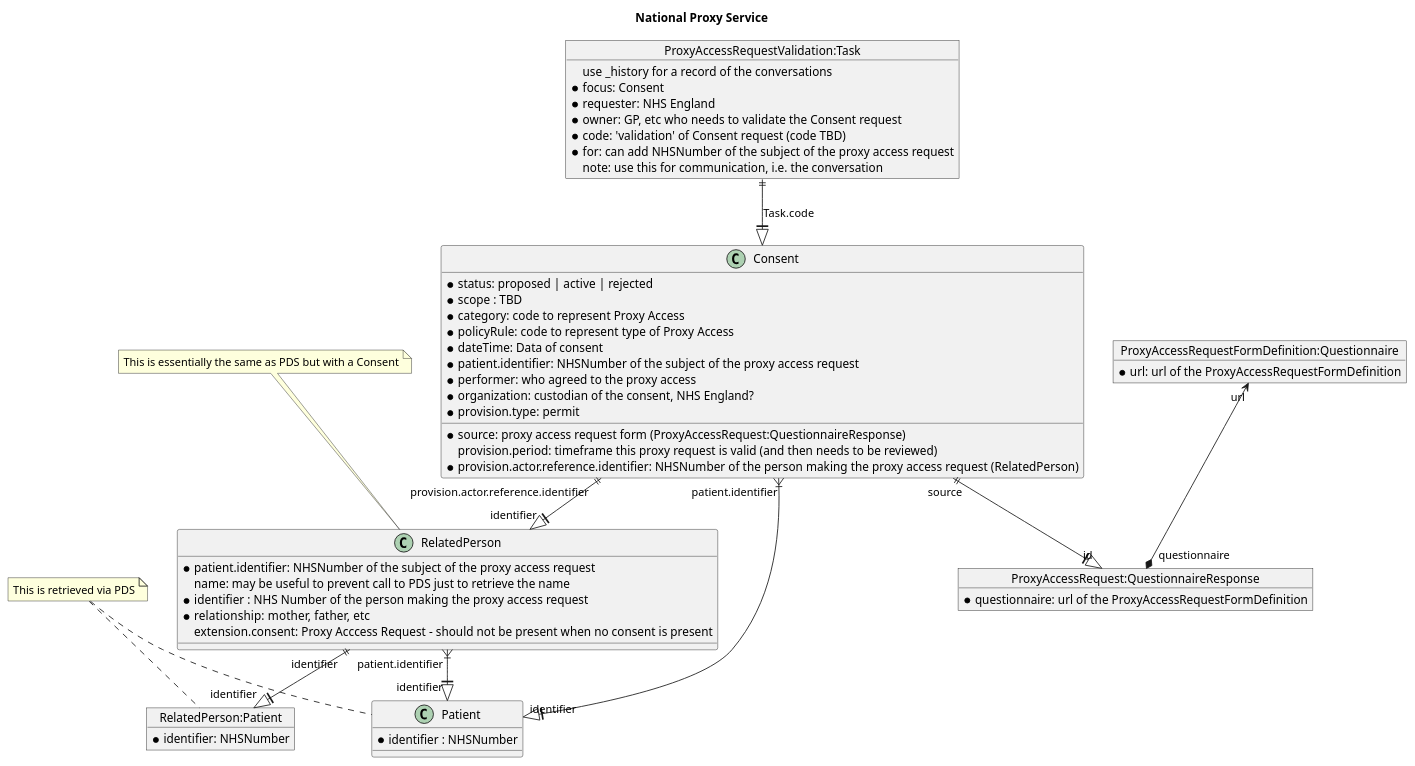
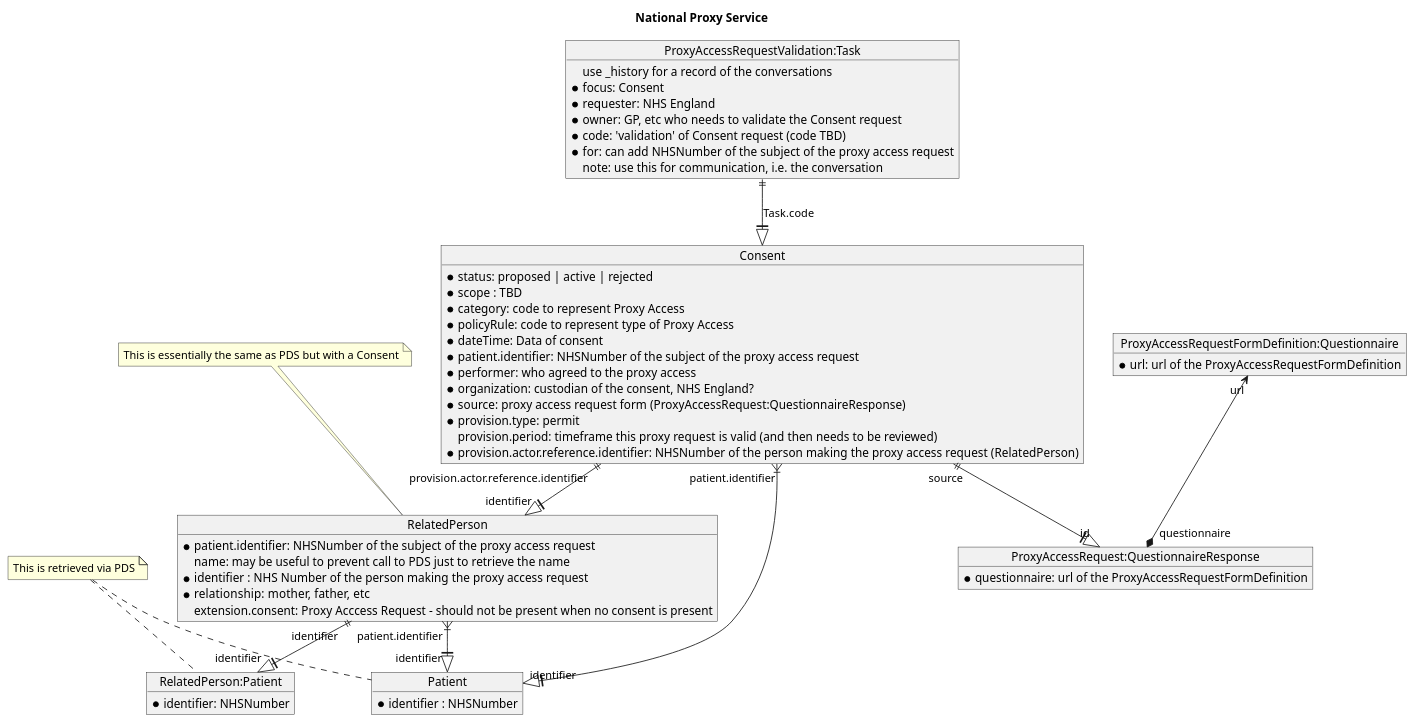
The diagram in input/images-source/national-proxy-service-relationship.plantuml (NHSDigital/interoperability-standards-documentation), drawn with PlantUML before and after one commit. The commit also changed 230 other files, not shown here.

Commit message:
Exploring state diagrams

```diff
--- a/input/images-source/national-proxy-service-relationship.plantuml
+++ b/input/images-source/national-proxy-service-relationship.plantuml
@@ -1,74 +1,74 @@
 @startuml
 
 
 title National Proxy Service
 
-class Consent {
+object Consent {
   * status: proposed | active | rejected
   * scope : TBD
   * category: code to represent Proxy Access
   * policyRule: code to represent type of Proxy Access
   * dateTime: Data of consent
   * patient.identifier: NHSNumber of the subject of the proxy access request
   * performer: who agreed to the proxy access
   * organization: custodian of the consent, NHS England?
   * source: proxy access request form (ProxyAccessRequest:QuestionnaireResponse)
   * provision.type: permit
   provision.period: timeframe this proxy request is valid (and then needs to be reviewed)
   * provision.actor.reference.identifier: NHSNumber of the person making the proxy access request (RelatedPerson)
 }
 
-class RelatedPerson {
+object RelatedPerson {
   * patient.identifier: NHSNumber of the subject of the proxy access request
   name: may be useful to prevent call to PDS just to retrieve the name
   * identifier : NHS Number of the person making the proxy access request
   * relationship: mother, father, etc
   extension.consent: Proxy Acccess Request - should not be present when no consent is present
 }
 
-class Patient {
+object Patient {
   * identifier : NHSNumber
 }
 
 object "RelatedPerson:Patient" as p1 {
   * identifier: NHSNumber
 }
 
 
 object "ProxyAccessRequestValidation:Task" as task1 {
     use _history for a record of the conversations
     * focus: Consent
     * requester: NHS England
     * owner: GP, etc who needs to validate the Consent request
     * code: 'validation' of Consent request (code TBD)
     * for: can add NHSNumber of the subject of the proxy access request
     note: use this for communication, i.e. the conversation
 }
 
 object "ProxyAccessRequest:QuestionnaireResponse" as qr1 {
     * questionnaire: url of the ProxyAccessRequestFormDefinition
 }
 
 object "ProxyAccessRequestFormDefinition:Questionnaire" as q1 {
     * url: url of the ProxyAccessRequestFormDefinition
 }
 
 Consent "provision.actor.reference.identifier" ||--||> "identifier" RelatedPerson
 Consent "patient.identifier" }|--||> "identifier" Patient
 Consent "source" ||--||> "id" qr1
 
 RelatedPerson "identifier" ||--||> "identifier" p1
 RelatedPerson "patient.identifier" }|--||> "identifier" Patient
 
 q1 "url"  <--* "questionnaire" qr1
 
 task1 ||--||> Consent: Task.code
 
 note "This is essentially the same as PDS but with a Consent" as PDSOverlap
 note "This is retrieved via PDS" as PDS
 
 PDS .. Patient
 PDS .. p1
 PDSOverlap .. RelatedPerson
 
 @enduml
```
